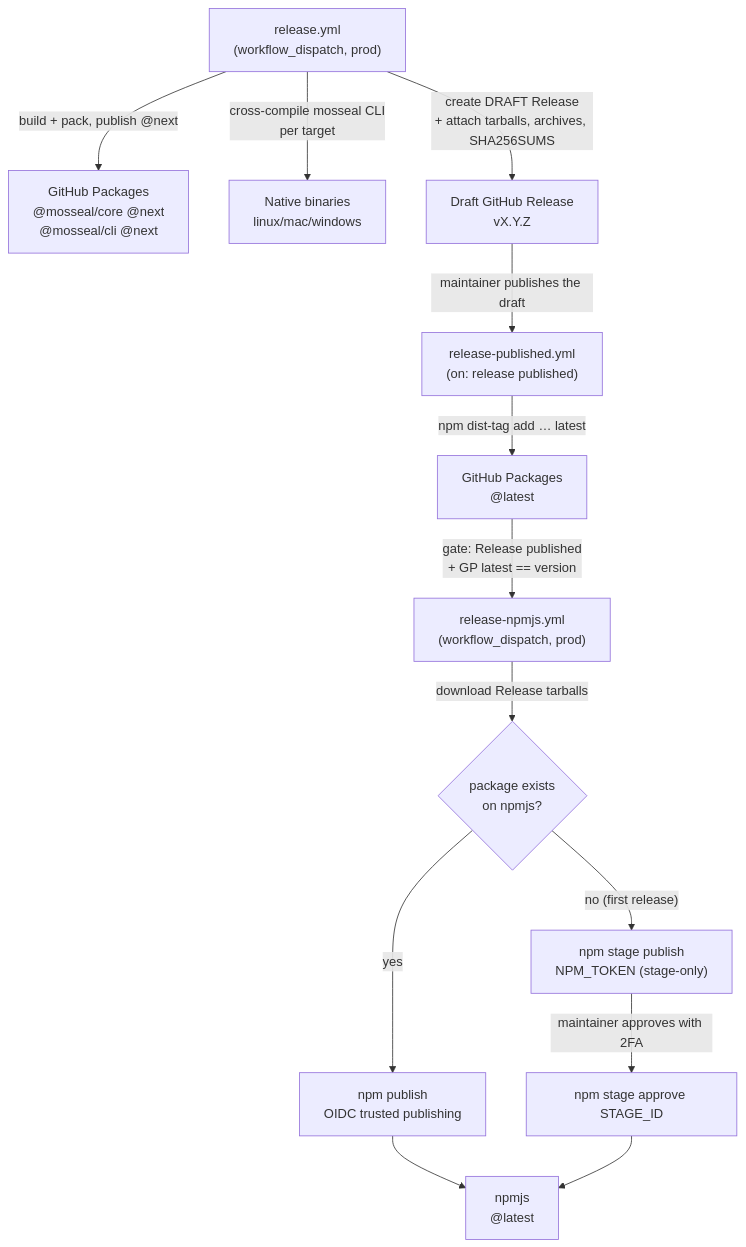
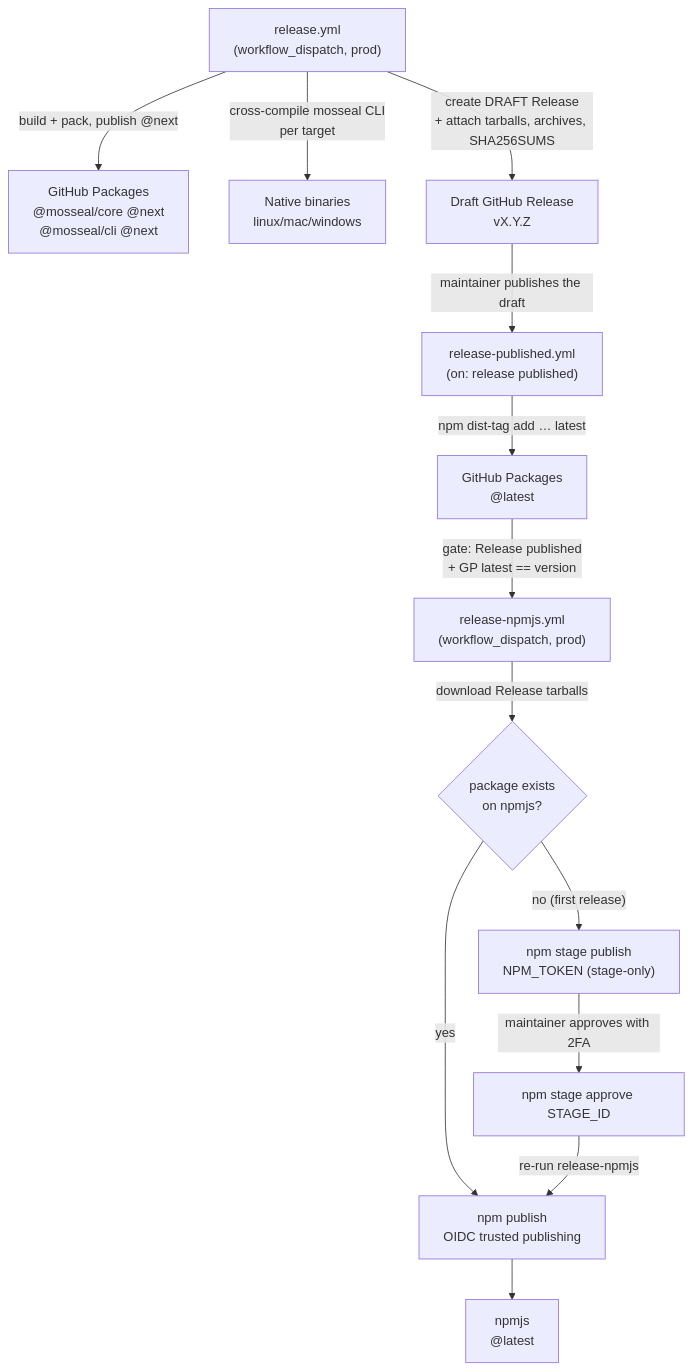
The diagram in docs/development.md (mosseal/mosseal), drawn with Mermaid before and after one commit. The commit also changed other lines of this file and 1 other file, not shown here.

Commit message:
feat: improve npmjs bootstrap flow with automated stage tracking and documentation

````diff
--- a/docs/development.md
+++ b/docs/development.md
@@ -134,15 +134,15 @@
 ```mermaid
 flowchart TD
     A["release.yml<br/>(workflow_dispatch, prod)"] -->|"build + pack, publish @next"| B["GitHub Packages<br/>@mosseal/core @next<br/>@mosseal/cli @next"]
     A -->|"cross-compile mosseal CLI<br/>per target"| BIN["Native binaries<br/>linux/mac/windows"]
     A -->|"create DRAFT Release<br/>+ attach tarballs, archives, SHA256SUMS"| C["Draft GitHub Release<br/>vX.Y.Z"]
     C -->|"maintainer publishes the draft"| D["release-published.yml<br/>(on: release published)"]
     D -->|"npm dist-tag add … latest"| E["GitHub Packages<br/>@latest"]
     E -->|"gate: Release published<br/>+ GP latest == version"| F["release-npmjs.yml<br/>(workflow_dispatch, prod)"]
     F -->|"download Release tarballs"| G{"package exists<br/>on npmjs?"}
     G -->|"yes"| H["npm publish<br/>OIDC trusted publishing"]
     G -->|"no (first release)"| I["npm stage publish<br/>NPM_TOKEN (stage-only)"]
     I -->|"maintainer approves with 2FA"| I2["npm stage approve STAGE_ID"]
+    I2 -->|"re-run release-npmjs"| H
     H --> J["npmjs<br/>@latest"]
-    I2 --> J
 ```
````
